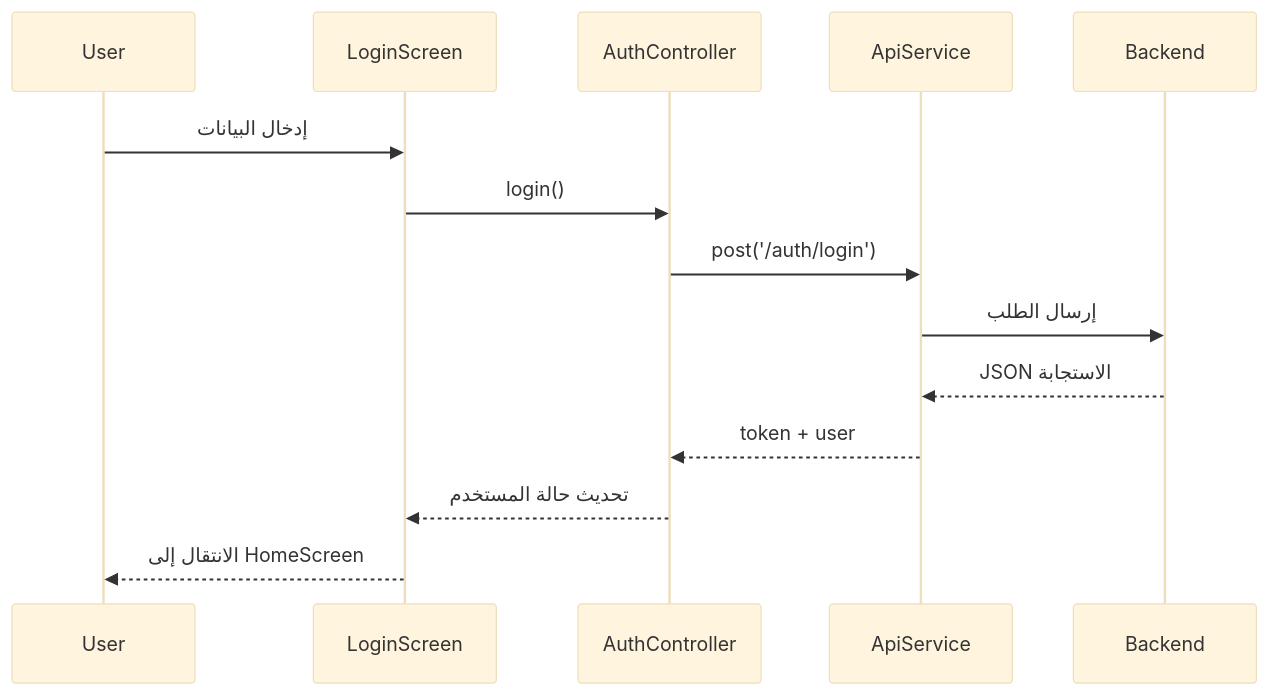
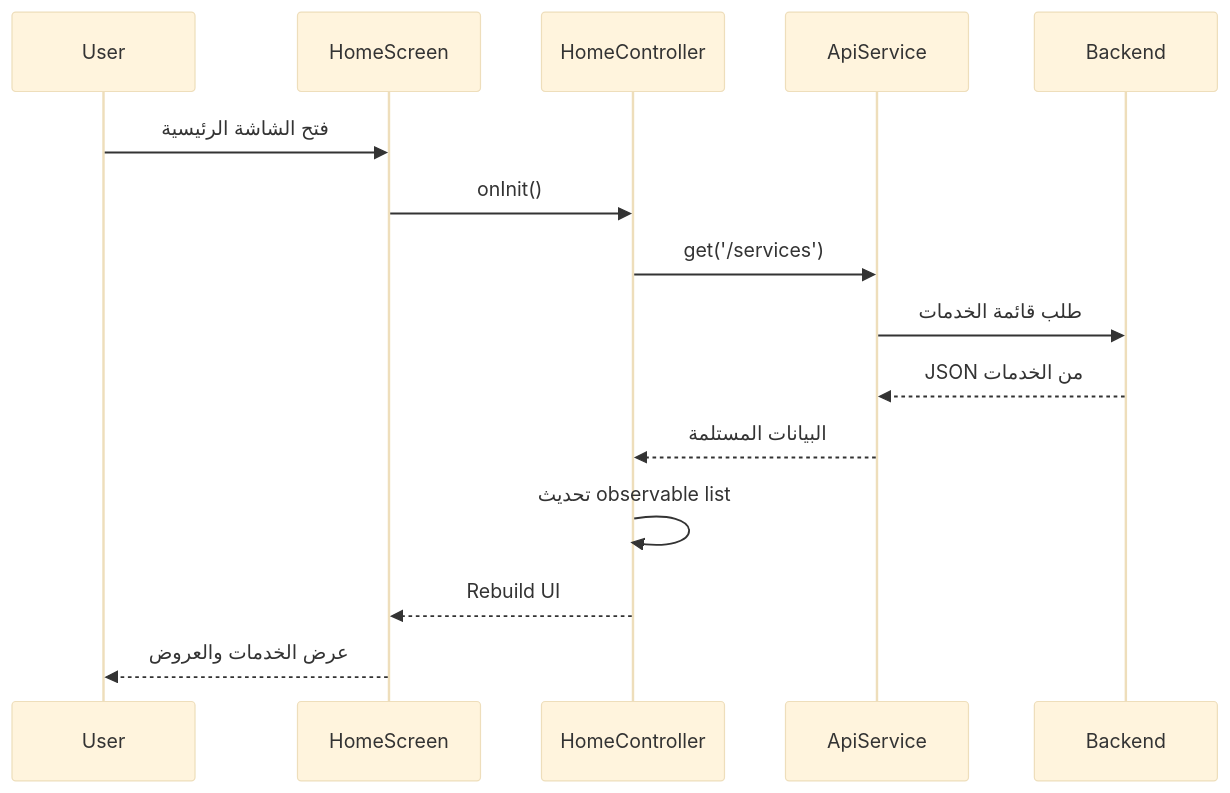
Before and after one commit to sleman-mahmoud/Test: the third of 4 diagrams in README.md, drawn with Mermaid (base theme). The commit also changed other lines of this file, not shown here.

````diff
--- a/README.md
+++ b/README.md
@@ -61,17 +105,18 @@
 ```mermaid
 sequenceDiagram
     participant User
-    participant LoginScreen
-    participant AuthController
+    participant HomeScreen
+    participant HomeController
     participant ApiService
     participant Backend
 
-    User->>LoginScreen: إدخال البيانات
-    LoginScreen->>AuthController: login()
-    AuthController->>ApiService: post('/auth/login')
-    ApiService->>Backend: إرسال الطلب
-    Backend-->>ApiService: JSON الاستجابة
-    ApiService-->>AuthController: token + user
-    AuthController-->>LoginScreen: تحديث حالة المستخدم
-    LoginScreen-->>User: الانتقال إلى HomeScreen
+    User->>HomeScreen: فتح الشاشة الرئيسية
+    HomeScreen->>HomeController: onInit()
+    HomeController->>ApiService: get('/services')
+    ApiService->>Backend: طلب قائمة الخدمات
+    Backend-->>ApiService: JSON من الخدمات
+    ApiService-->>HomeController: البيانات المستلمة
+    HomeController->>HomeController: تحديث observable list
+    HomeController-->>HomeScreen: Rebuild UI
+    HomeScreen-->>User: عرض الخدمات والعروض
 ```
````
